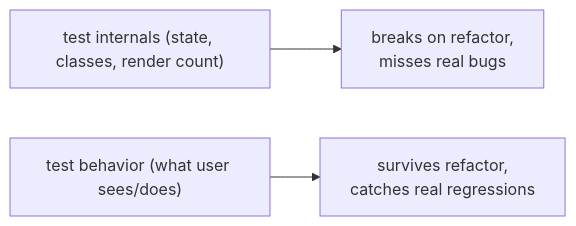
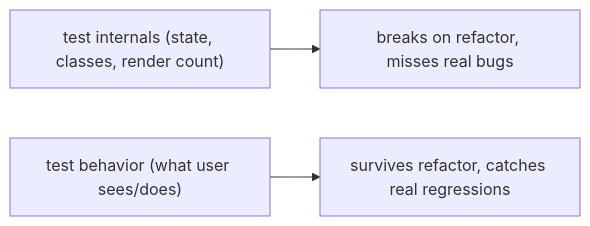
The diagram in packages/content/content/15-testing.mdx (ashishxcode/frontend-internals), drawn with Mermaid before and after one commit. The commit also changed other lines of this file and 29 other files, not shown here.

Commit message:
rewrite: roadmap engineer-to-engineer + all 34 chapters new spec

````diff
--- a/packages/content/content/15-testing.mdx
+++ b/packages/content/content/15-testing.mdx
@@ -68,5 +24,5 @@
 ```mermaid
 flowchart LR
-  impl["test internals (state, classes, render count)"] --> brittle["breaks on refactor,<br/>misses real bugs"]
-  beh["test behavior (what user sees/does)"] --> robust["survives refactor,<br/>catches real regressions"]
+  impl["test internals (state, classes, render count)"] --> brittle["breaks on refactor, misses real bugs"]
+  beh["test behavior (what user sees/does)"] --> robust["survives refactor, catches real regressions"]
 ```
````
